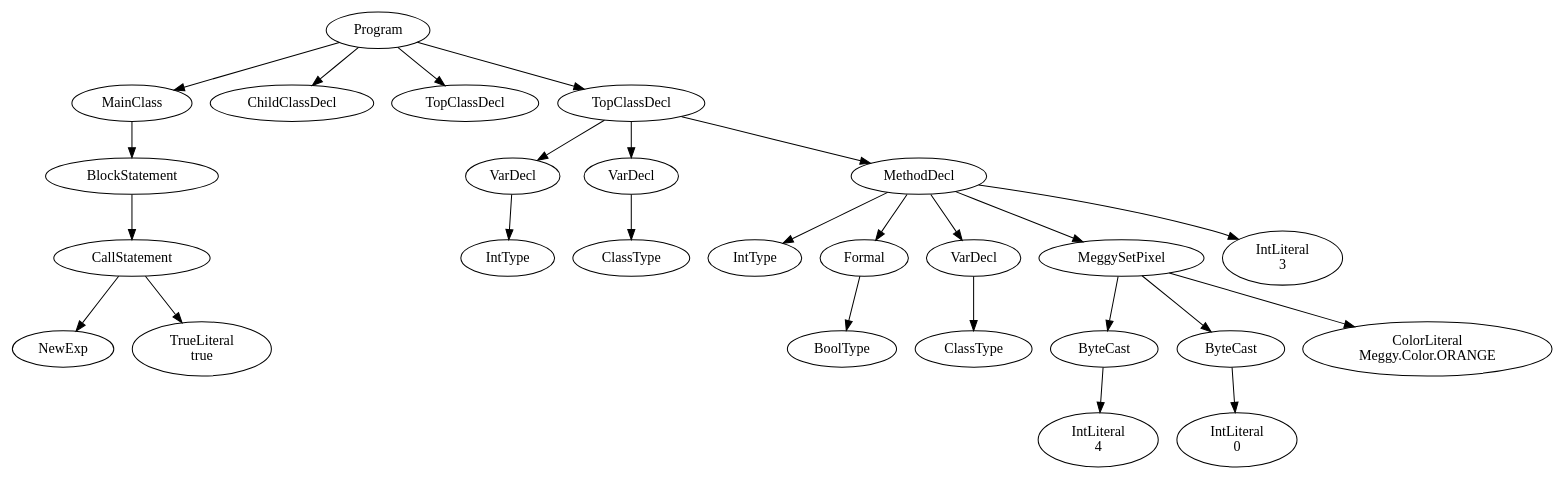
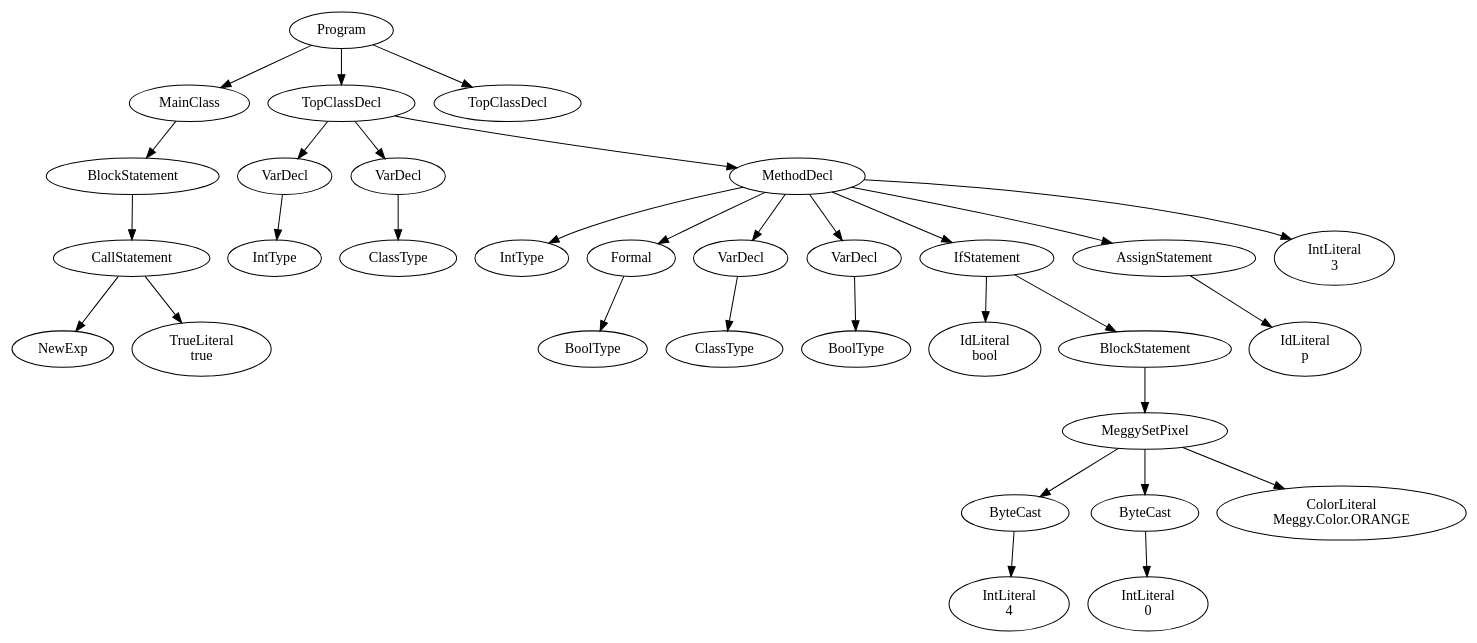
One commit to karmaUdel/Meggy-Java-Compiler changed the diagram in PA5Tests/PA5RunningExample.java.ast.dot. Above: the diagram before and after it, drawn with Graphviz. The commit also changed 16 other files, not shown here.

```diff
--- a/PA5Tests/PA5RunningExample.java.ast.dot
+++ b/PA5Tests/PA5RunningExample.java.ast.dot
@@ -1,53 +1,65 @@
 digraph ASTGraph {
 0 [ label="Program" ];
 1 [ label="MainClass" ];
 0 -> 1
 2 [ label="BlockStatement" ];
 1 -> 2
 3 [ label="CallStatement" ];
 2 -> 3
 4 [ label="NewExp" ];
 3 -> 4
 5 [ label="TrueLiteral\ntrue" ];
 3 -> 5
-6 [ label="ChildClassDecl" ];
+6 [ label="TopClassDecl" ];
 0 -> 6
-7 [ label="TopClassDecl" ];
-0 -> 7
-8 [ label="TopClassDecl" ];
-0 -> 8
+7 [ label="VarDecl" ];
+6 -> 7
+8 [ label="IntType" ];
+7 -> 8
 9 [ label="VarDecl" ];
-8 -> 9
-10 [ label="IntType" ];
+6 -> 9
+10 [ label="ClassType" ];
 9 -> 10
-11 [ label="VarDecl" ];
-8 -> 11
-12 [ label="ClassType" ];
+11 [ label="MethodDecl" ];
+6 -> 11
+12 [ label="IntType" ];
 11 -> 12
-13 [ label="MethodDecl" ];
-8 -> 13
-14 [ label="IntType" ];
+13 [ label="Formal" ];
+11 -> 13
+14 [ label="BoolType" ];
 13 -> 14
-15 [ label="Formal" ];
-13 -> 15
-16 [ label="BoolType" ];
+15 [ label="VarDecl" ];
+11 -> 15
+16 [ label="ClassType" ];
 15 -> 16
 17 [ label="VarDecl" ];
-13 -> 17
-18 [ label="ClassType" ];
+11 -> 17
+18 [ label="BoolType" ];
 17 -> 18
-19 [ label="MeggySetPixel" ];
-13 -> 19
-20 [ label="ByteCast" ];
+19 [ label="IfStatement" ];
+11 -> 19
+20 [ label="IdLiteral\nbool" ];
 19 -> 20
-21 [ label="IntLiteral\n4" ];
-20 -> 21
-22 [ label="ByteCast" ];
-19 -> 22
-23 [ label="IntLiteral\n0" ];
+21 [ label="BlockStatement" ];
+19 -> 21
+22 [ label="MeggySetPixel" ];
+21 -> 22
+23 [ label="ByteCast" ];
 22 -> 23
-24 [ label="ColorLiteral\nMeggy.Color.ORANGE" ];
-19 -> 24
-25 [ label="IntLiteral\n3" ];
-13 -> 25
+24 [ label="IntLiteral\n4" ];
+23 -> 24
+25 [ label="ByteCast" ];
+22 -> 25
+26 [ label="IntLiteral\n0" ];
+25 -> 26
+27 [ label="ColorLiteral\nMeggy.Color.ORANGE" ];
+22 -> 27
+28 [ label="AssignStatement" ];
+11 -> 28
+29 [ label="IdLiteral\np" ];
+28 -> 29
+30 [ label="IntLiteral\n3" ];
+11 -> 30
+31 [ label="TopClassDecl" ];
+0 -> 31
 }
```
